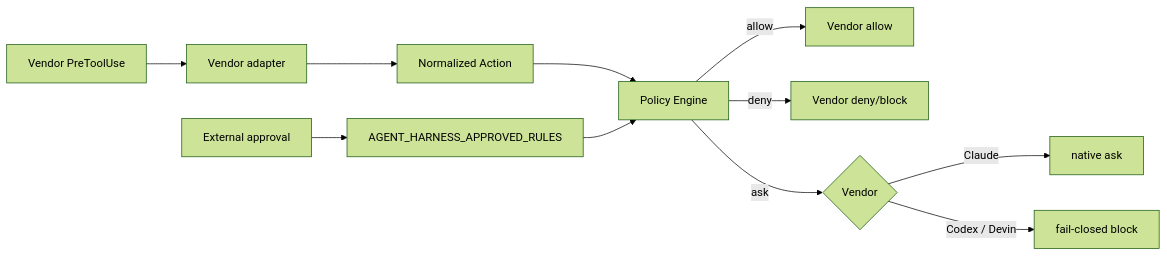
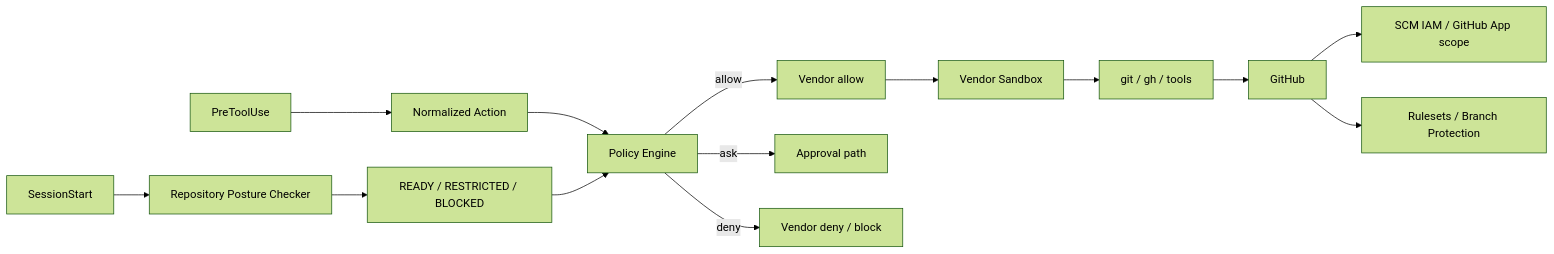
The diagram in docs/06-vendor-harnesses.md (tomo-chan/agent-harness), drawn with Mermaid (forest theme) before and after one commit. The commit also changed other lines of this file, not shown here.

Commit message:
docs: simplify vendor harness security architecture

````diff
--- a/docs/06-vendor-harnesses.md
+++ b/docs/06-vendor-harnesses.md
@@ -7,13 +7,16 @@
 ```mermaid
 flowchart LR
-    A[Vendor PreToolUse] --> B[Vendor adapter]
-    B --> C[Normalized Action]
-    C --> D[Policy Engine]
-    D -->|allow| E[Vendor allow]
-    D -->|deny| F[Vendor deny/block]
-    D -->|ask| G{Vendor}
-    G -->|Claude| H[native ask]
-    G -->|Codex / Devin| I[fail-closed block]
-    J[External approval] --> K[AGENT_HARNESS_APPROVED_RULES]
-    K --> D
+    SS[SessionStart] --> RP[Repository Posture Checker]
+    RP --> ST[READY / RESTRICTED / BLOCKED]
+    PT[PreToolUse] --> N[Normalized Action]
+    N --> P[Policy Engine]
+    ST --> P
+    P -->|allow| A[Vendor allow]
+    P -->|ask| Q[Approval path]
+    P -->|deny| D[Vendor deny / block]
+    A --> S[Vendor Sandbox]
+    S --> T[git / gh / tools]
+    T --> GH[GitHub]
+    GH --> IAM[SCM IAM / GitHub App scope]
+    GH --> R[Rulesets / Branch Protection]
 ```
````
